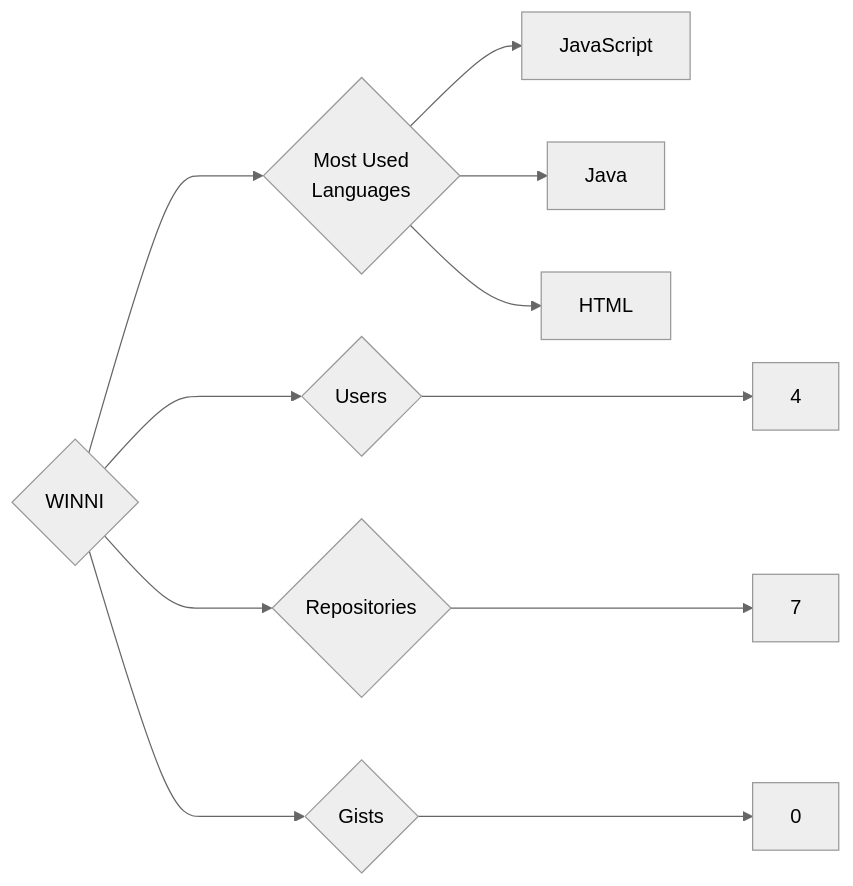
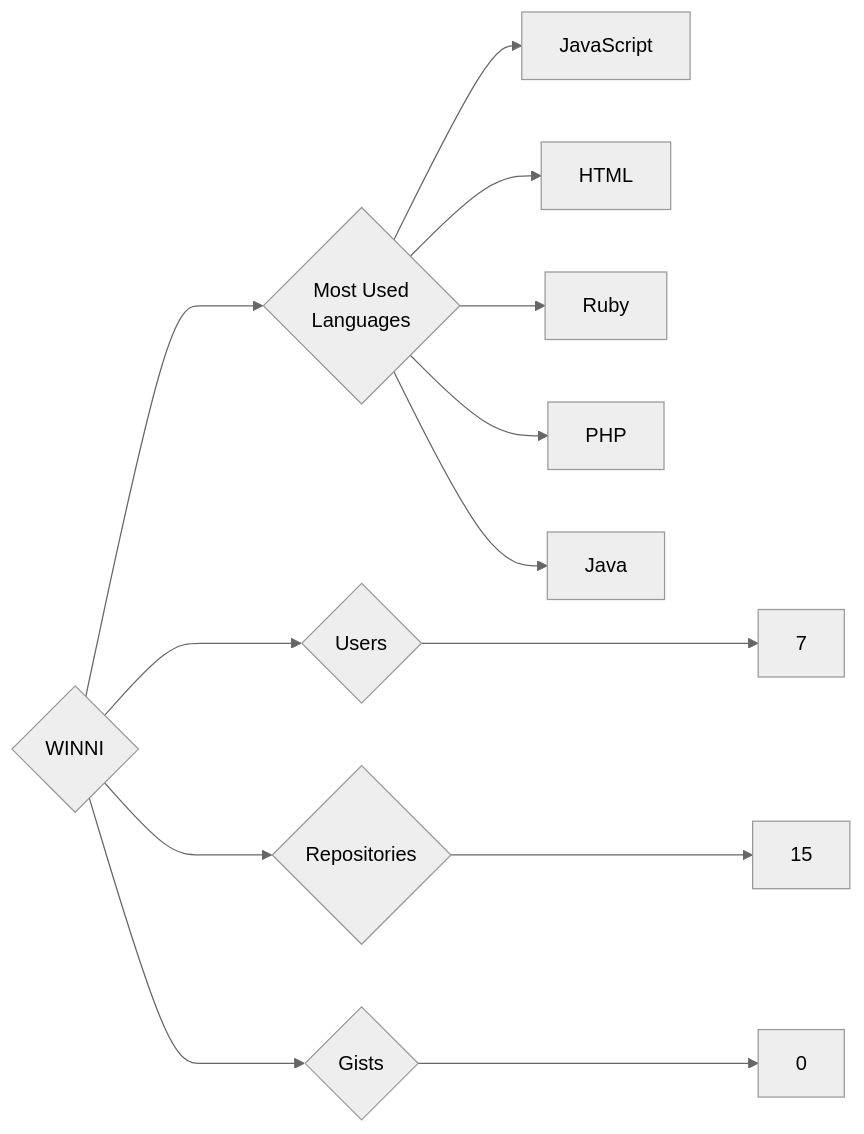
One commit to trickest/insiders changed the diagram in targets/WINNI/README.md. Above: the diagram before and after it, drawn with Mermaid (neutral theme). The commit also changed 829 other files, not shown here.

````diff
--- a/targets/WINNI/README.md
+++ b/targets/WINNI/README.md
@@ -3,11 +3,13 @@
 ```mermaid
 graph LR
 COMPANY_NAME{WINNI}
-COMPANY_NAME ---> U{Users} ---> UN[4]
-COMPANY_NAME ---> R{Repositories} ---> RN[7]
+COMPANY_NAME ---> U{Users} ---> UN[7]
+COMPANY_NAME ---> R{Repositories} ---> RN[15]
 COMPANY_NAME ---> G{Gists} ---> GN[0]
 COMPANY_NAME ---> ML{Most Used<br>Languages}
 ML --> JavaScript[JavaScript]
+ML --> HTML[HTML]
+ML --> Ruby[Ruby]
+ML --> PHP[PHP]
 ML --> Java[Java]
-ML --> HTML[HTML]
 ```
````
